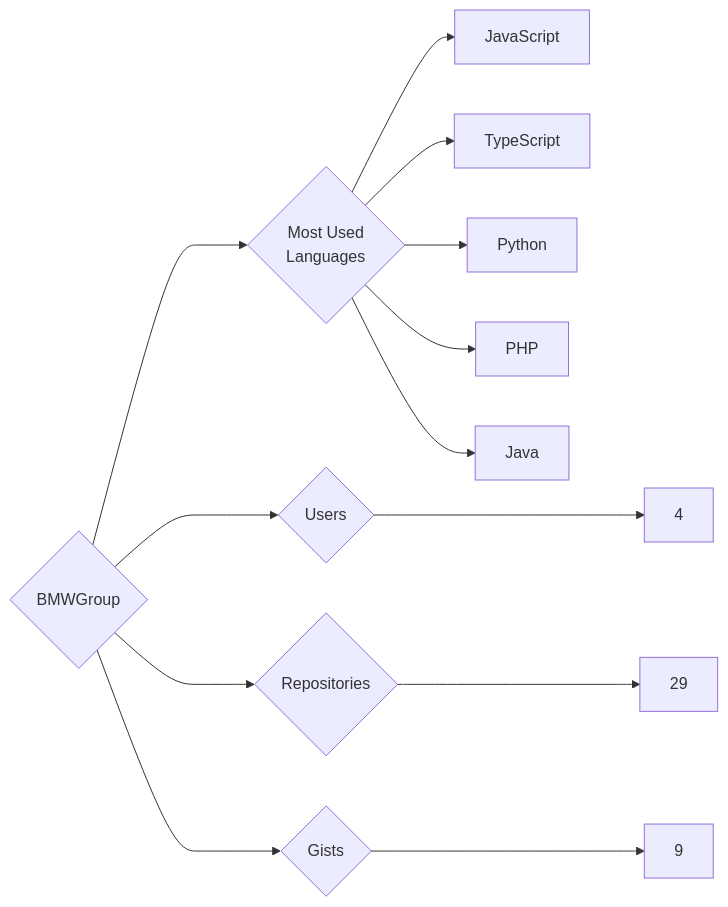
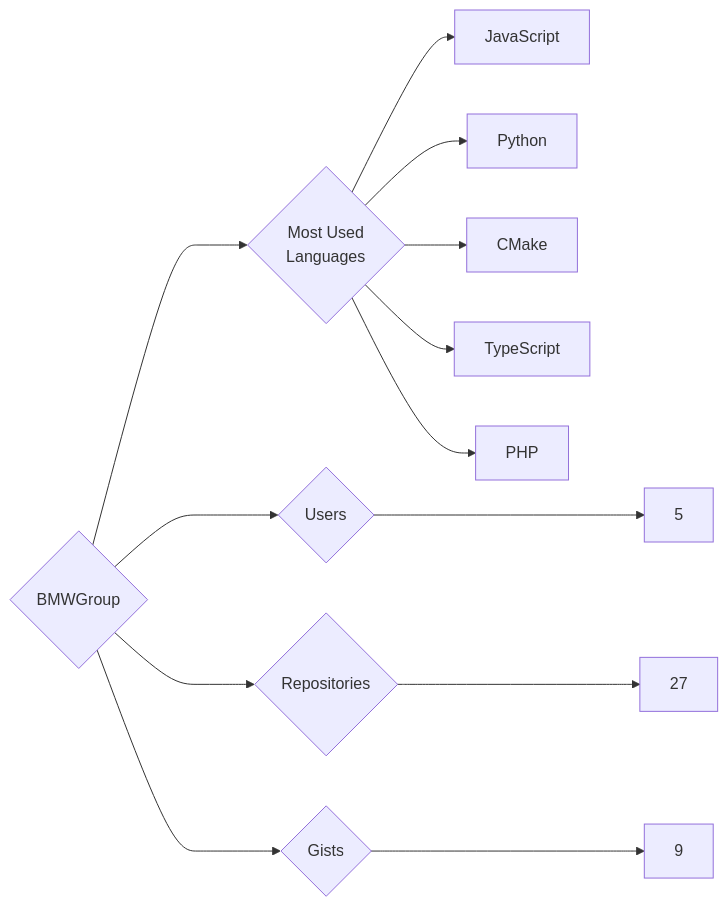
The diagram in targets/BMWGroup/README.md (trickest/insiders), drawn with Mermaid before and after one commit. The commit also changed 1123 other files, not shown here.

````diff
--- a/targets/BMWGroup/README.md
+++ b/targets/BMWGroup/README.md
@@ -3,13 +3,13 @@
 ```mermaid
 graph LR
 COMPANY_NAME{BMWGroup}
-COMPANY_NAME ---> U{Users} ---> UN[4]
-COMPANY_NAME ---> R{Repositories} ---> RN[29]
+COMPANY_NAME ---> U{Users} ---> UN[5]
+COMPANY_NAME ---> R{Repositories} ---> RN[27]
 COMPANY_NAME ---> G{Gists} ---> GN[9]
 COMPANY_NAME ---> ML{Most Used<br>Languages}
 ML --> JavaScript[JavaScript]
+ML --> Python[Python]
+ML --> CMake[CMake]
 ML --> TypeScript[TypeScript]
-ML --> Python[Python]
 ML --> PHP[PHP]
-ML --> Java[Java]
 ```
````
